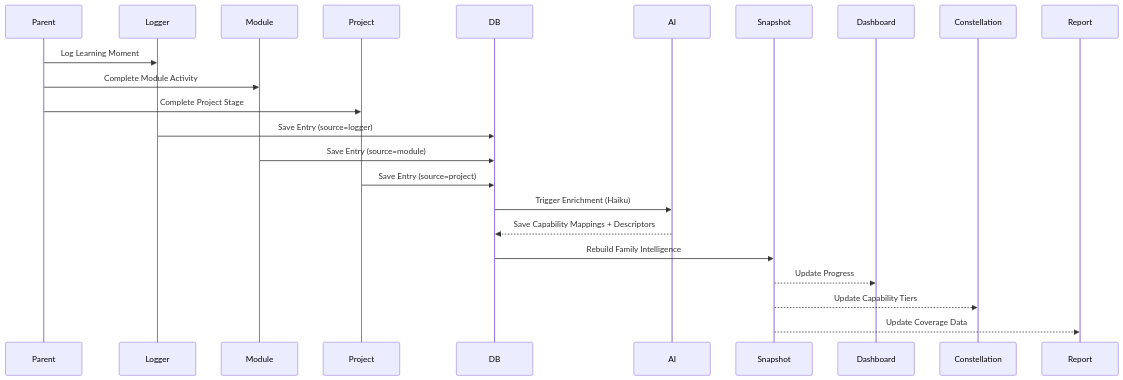
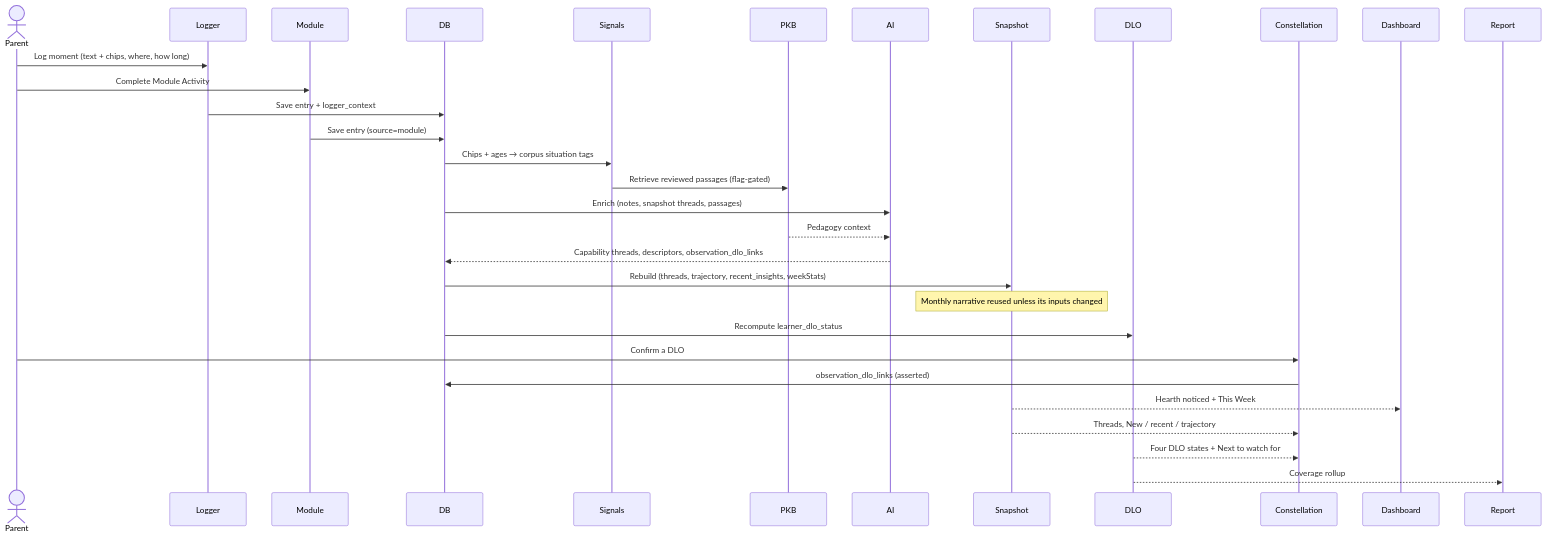
One commit to Glorptraag/hearth changed the second of 2 diagrams in docs/system-map.md. Above: the diagram before and after it, drawn with Mermaid. The commit also changed other lines of this file and 2 other files, not shown here.

````diff
--- a/docs/system-map.md
+++ b/docs/system-map.md
@@ -99,15 +109,22 @@
 ```mermaid
 sequenceDiagram
-    Parent->>Logger: Log Learning Moment
+    actor Parent
+    Parent->>Logger: Log moment (text + chips, where, how long)
     Parent->>Module: Complete Module Activity
-    Parent->>Project: Complete Project Stage
-    Logger->>DB: Save Entry (source=logger)
-    Module->>DB: Save Entry (source=module)
-    Project->>DB: Save Entry (source=project)
-    DB->>AI: Trigger Enrichment (Haiku)
-    AI-->>DB: Save Capability Mappings + Descriptors
-    DB->>Snapshot: Rebuild Family Intelligence
-    Snapshot-->>Dashboard: Update Progress
-    Snapshot-->>Constellation: Update Capability Tiers
-    Snapshot-->>Report: Update Coverage Data
+    Logger->>DB: Save entry + logger_context
+    Module->>DB: Save entry (source=module)
+    DB->>Signals: Chips + ages → corpus situation tags
+    Signals->>PKB: Retrieve reviewed passages (flag-gated)
+    DB->>AI: Enrich (notes, snapshot threads, passages)
+    PKB-->>AI: Pedagogy context
+    AI-->>DB: Capability threads, descriptors, observation_dlo_links
+    DB->>Snapshot: Rebuild (threads, trajectory, recent_insights, weekStats)
+    Note over Snapshot: Monthly narrative reused unless its inputs changed
+    DB->>DLO: Recompute learner_dlo_status
+    Parent->>Constellation: Confirm a DLO
+    Constellation->>DB: observation_dlo_links (asserted)
+    Snapshot-->>Dashboard: Hearth noticed + This Week
+    Snapshot-->>Constellation: Threads, New / recent / trajectory
+    DLO-->>Constellation: Four DLO states + Next to watch for
+    DLO-->>Report: Coverage rollup
 ```
````
